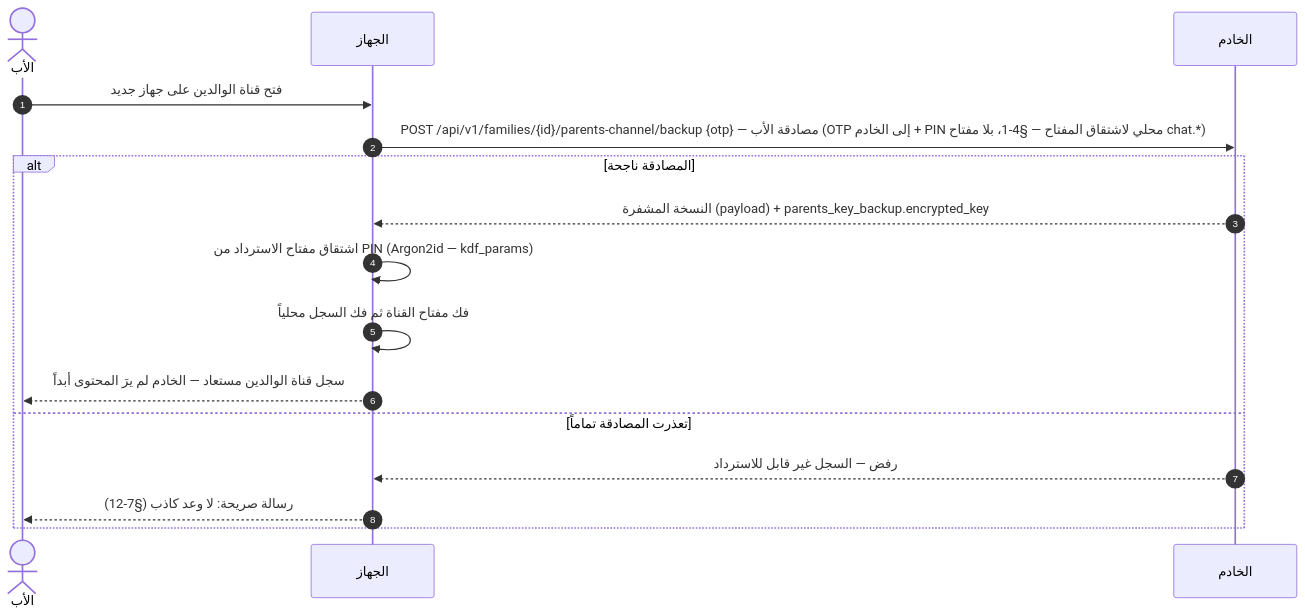
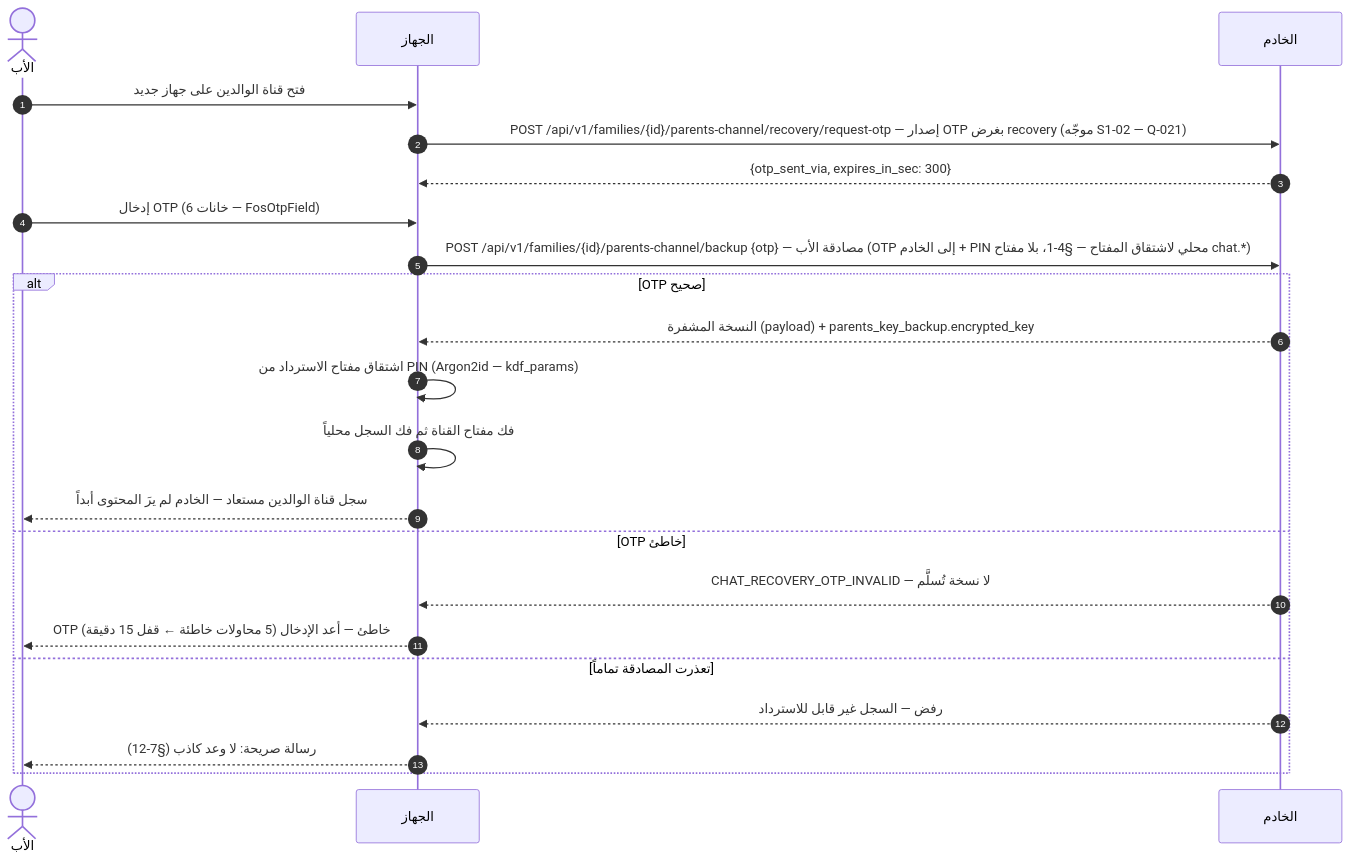
One commit to Bassam-mohammed-alqaeadi/family-os-v2 changed the seventh of 11 diagrams in docs/family-os/governance/phases/phase-1/S1-08-chat-basic/DIAGRAMS.md. Above: the diagram before and after it, drawn with Mermaid. The commit also changed other lines of this file and 6 other files, not shown here.

````diff
--- a/docs/family-os/governance/phases/phase-1/S1-08-chat-basic/DIAGRAMS.md
+++ b/docs/family-os/governance/phases/phase-1/S1-08-chat-basic/DIAGRAMS.md
@@ -321,18 +321,24 @@
 ```mermaid
 sequenceDiagram
     autonumber
     actor Father as الأب
     participant Device as الجهاز
     participant Ktor as الخادم
     Father->>Device: فتح قناة الوالدين على جهاز جديد
+    Device->>Ktor: POST /api/v1/families/{id}/parents-channel/recovery/request-otp — إصدار OTP بغرض recovery (موجّه S1-02 — Q-021)
+    Ktor-->>Device: {otp_sent_via, expires_in_sec: 300}
+    Father->>Device: إدخال OTP (6 خانات — FosOtpField)
     Device->>Ktor: POST /api/v1/families/{id}/parents-channel/backup {otp} — مصادقة الأب (OTP إلى الخادم + PIN محلي لاشتقاق المفتاح — §4-1، بلا مفتاح chat.*)
-    alt المصادقة ناجحة
+    alt OTP صحيح
         Ktor-->>Device: النسخة المشفرة (payload) + parents_key_backup.encrypted_key
         Device->>Device: اشتقاق مفتاح الاسترداد من PIN (Argon2id — kdf_params)
         Device->>Device: فك مفتاح القناة ثم فك السجل محلياً
         Device-->>Father: سجل قناة الوالدين مستعاد — الخادم لم يرَ المحتوى أبداً
+    else OTP خاطئ
+        Ktor-->>Device: CHAT_RECOVERY_OTP_INVALID — لا نسخة تُسلَّم
+        Device-->>Father: OTP خاطئ — أعد الإدخال (5 محاولات خاطئة ← قفل 15 دقيقة)
     else تعذرت المصادقة تماماً
         Ktor-->>Device: رفض — السجل غير قابل للاسترداد
         Device-->>Father: رسالة صريحة: لا وعد كاذب (§7-12)
     end
 ```
````
